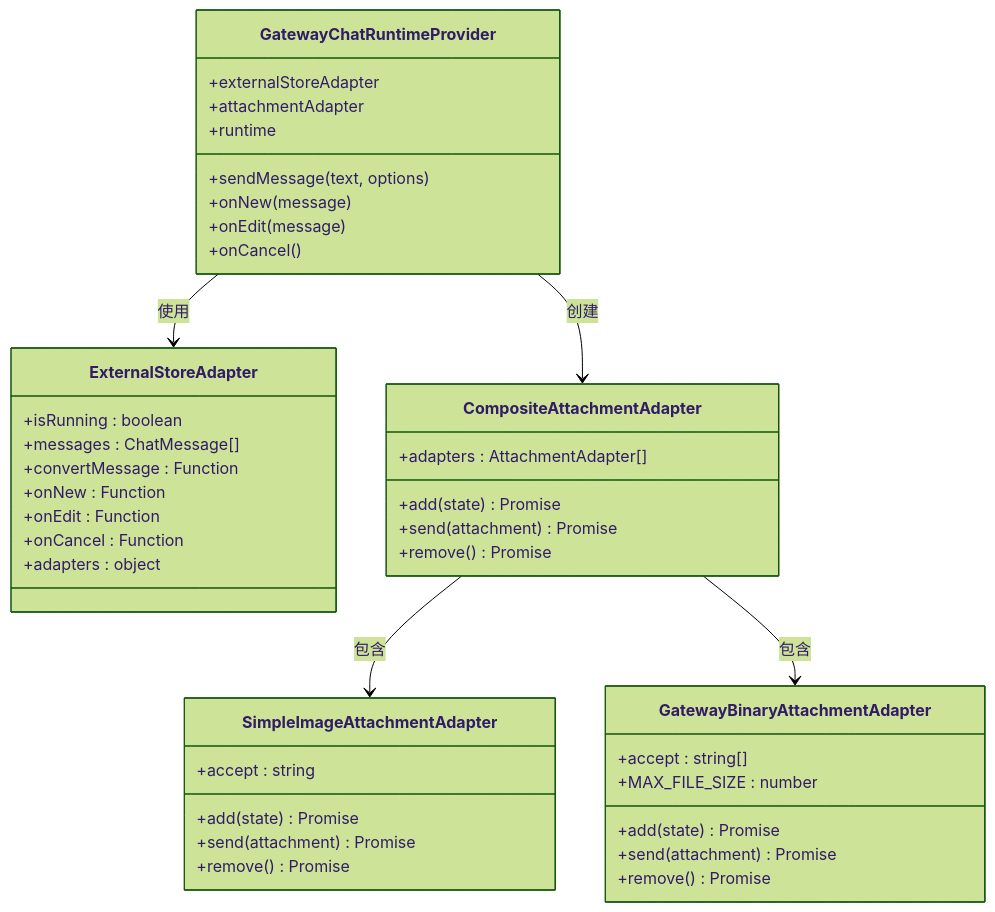
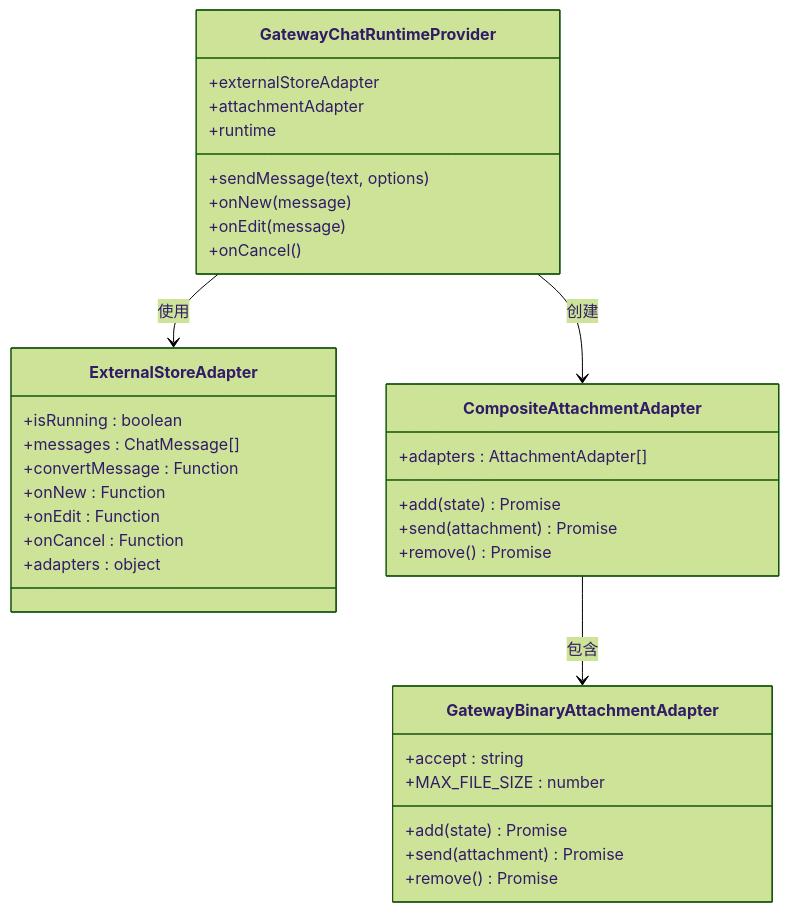
Before and after one commit to verse-ai-org/openclaw: the fourth of 39 diagrams in .qoder/repowiki/zh/content/Web界面/WebChat界面/聊天运行时提供者增强/聊天运行时提供者增强.md, drawn with Mermaid (forest theme). The commit also changed other lines of this file and 86 other files, not shown here.

````diff
--- a/.qoder/repowiki/zh/content/Web界面/WebChat界面/聊天运行时提供者增强/聊天运行时提供者增强.md
+++ b/.qoder/repowiki/zh/content/Web界面/WebChat界面/聊天运行时提供者增强/聊天运行时提供者增强.md
@@ -331,44 +392,37 @@
 ```mermaid
 classDiagram
 class GatewayChatRuntimeProvider {
 +sendMessage(text, options)
 +onNew(message)
 +onEdit(message)
 +onCancel()
 +externalStoreAdapter
 +attachmentAdapter
 +runtime
 }
 class ExternalStoreAdapter {
 +isRunning : boolean
 +messages : ChatMessage[]
 +convertMessage : Function
 +onNew : Function
 +onEdit : Function
 +onCancel : Function
 +adapters : object
 }
 class CompositeAttachmentAdapter {
 +adapters : AttachmentAdapter[]
 +add(state) Promise
 +send(attachment) Promise
 +remove() Promise
 }
-class SimpleImageAttachmentAdapter {
+class GatewayBinaryAttachmentAdapter {
 +accept : string
-+add(state) Promise
-+send(attachment) Promise
-+remove() Promise
-}
-class GatewayBinaryAttachmentAdapter {
-+accept : string[]
 +MAX_FILE_SIZE : number
 +add(state) Promise
 +send(attachment) Promise
 +remove() Promise
 }
 GatewayChatRuntimeProvider --> ExternalStoreAdapter : 使用
 GatewayChatRuntimeProvider --> CompositeAttachmentAdapter : 创建
-CompositeAttachmentAdapter --> SimpleImageAttachmentAdapter : 包含
 CompositeAttachmentAdapter --> GatewayBinaryAttachmentAdapter : 包含
 ```
````
